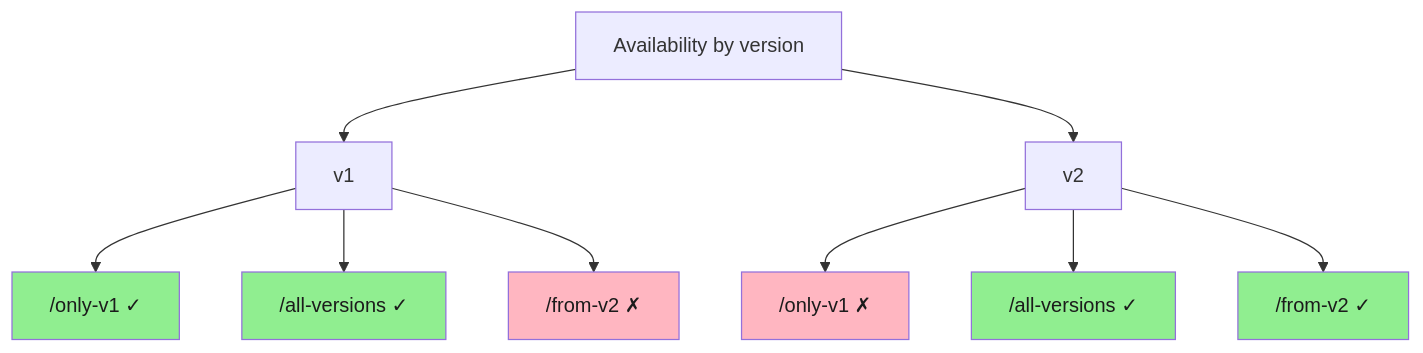
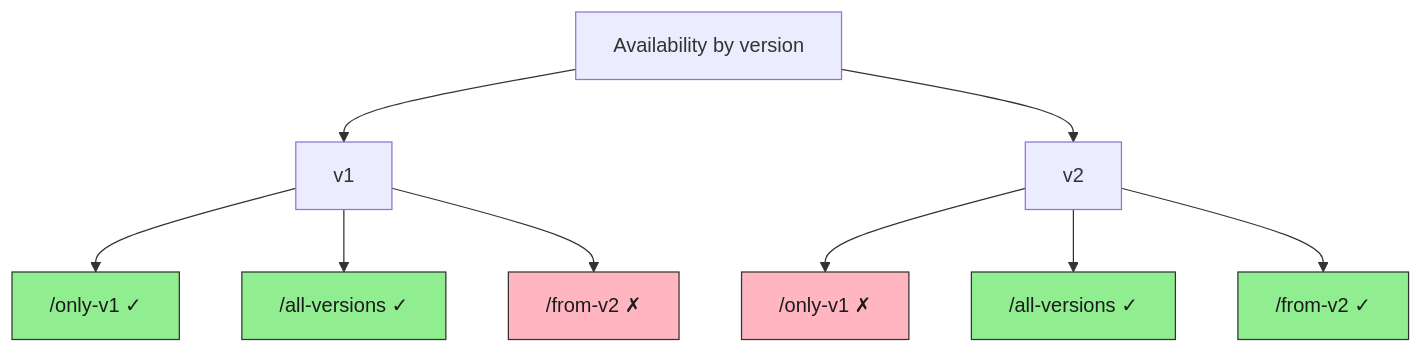
Before and after one commit to feodor-ra/fastapi-easy-versioning: the diagram in docs/en/index.md, drawn with Mermaid. The commit also changed 5 other files, not shown here.

Commit message:
docs: colour mermaid nodes with classDef instead of per-node styles

````diff
--- a/docs/en/index.md
+++ b/docs/en/index.md
@@ -64,22 +64,17 @@
 ```mermaid
 graph TD
     A[Availability by version]
     A --> B[v1]
     A --> C[v2]
 
-    B --> B1["/only-v1 ✓"]
-    B --> B2["/all-versions ✓"]
-    B --> B3["/from-v2 ✗"]
+    B --> B1["/only-v1 ✓"]:::available
+    B --> B2["/all-versions ✓"]:::available
+    B --> B3["/from-v2 ✗"]:::missing
 
-    C --> C1["/only-v1 ✗"]
-    C --> C2["/all-versions ✓"]
-    C --> C3["/from-v2 ✓"]
+    C --> C1["/only-v1 ✗"]:::missing
+    C --> C2["/all-versions ✓"]:::available
+    C --> C3["/from-v2 ✓"]:::available
 
-    style B1 fill:#90EE90,color:#1b1b1b
-    style B2 fill:#90EE90,color:#1b1b1b
-    style B3 fill:#FFB6C1,color:#1b1b1b
-
-    style C1 fill:#FFB6C1,color:#1b1b1b
-    style C2 fill:#90EE90,color:#1b1b1b
-    style C3 fill:#90EE90,color:#1b1b1b
+    classDef available fill:#90EE90,stroke:#333,color:#1b1b1b
+    classDef missing fill:#FFB6C1,stroke:#333,color:#1b1b1b
 ```
````
